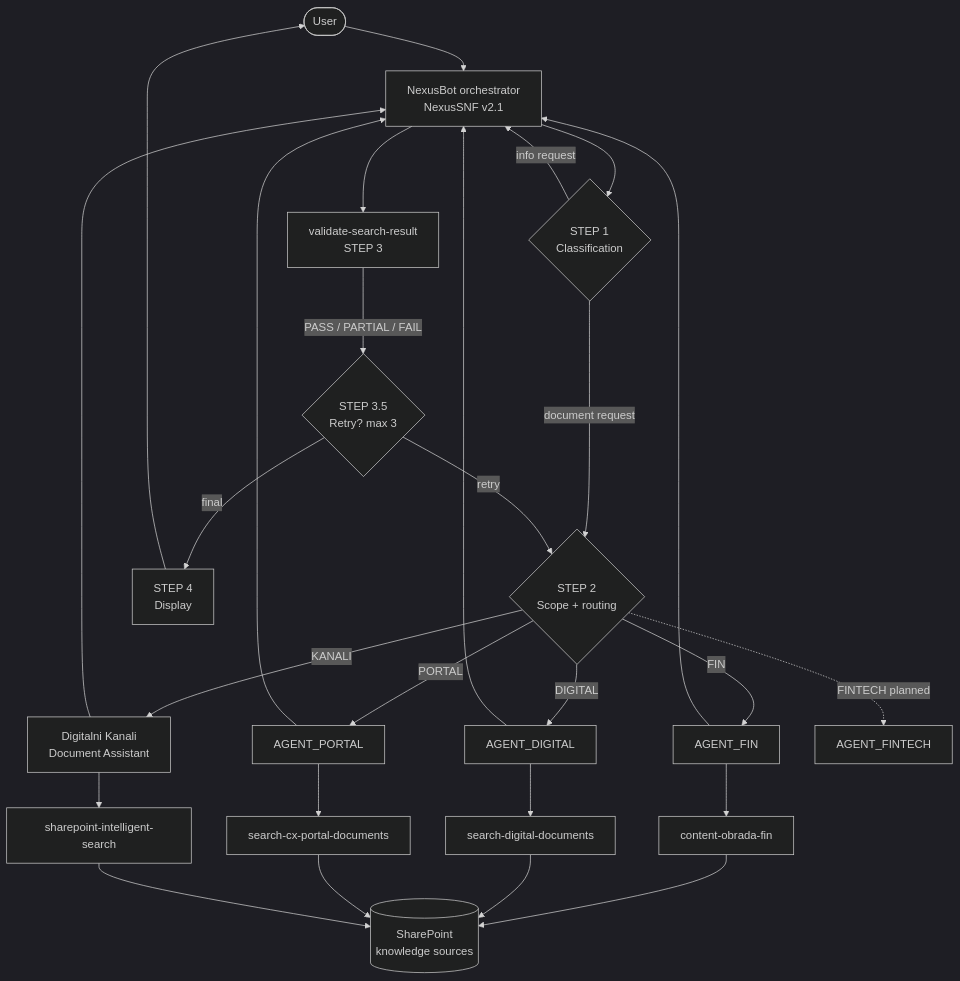
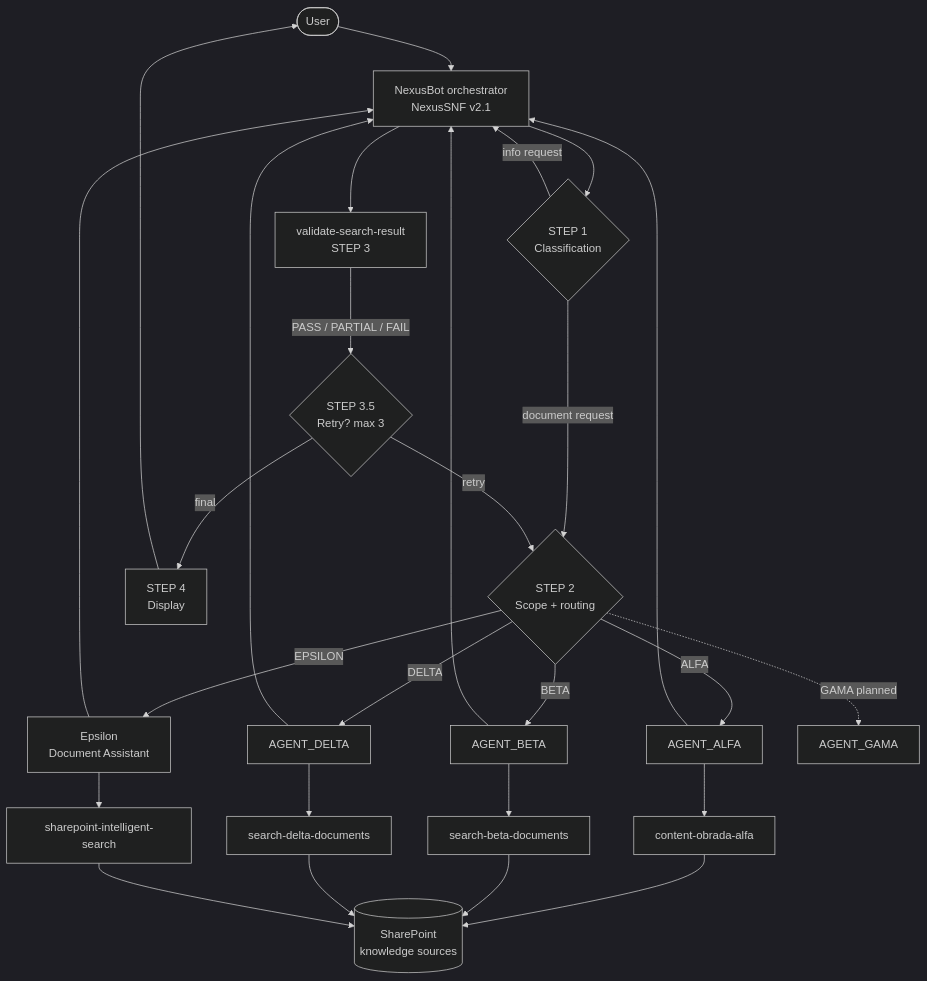
The first of 2 diagrams in README.md (NikolaSae/nexus-SNF), drawn with Mermaid (dark theme) before and after one commit. The commit also changed other lines of this file and 35 other files, not shown here.

````diff
--- a/README.md
+++ b/README.md
@@ -63,23 +63,23 @@
 ```mermaid
 flowchart TD
     U([User]) --> O[NexusBot orchestrator<br/>NexusSNF v2.1]
     O --> C{STEP 1<br/>Classification}
     C -->|info request| O
     C -->|document request| S{STEP 2<br/>Scope + routing}
-    S -->|FIN| A1[AGENT_FIN]
-    S -->|DIGITAL| A2[AGENT_DIGITAL]
-    S -->|PORTAL| A3[AGENT_PORTAL]
-    S -->|KANALI| A4[Digitalni Kanali<br/>Document Assistant]
-    S -.FINTECH planned.-> A5[AGENT_FINTECH]
-    A1 --> SK1[content-obrada-fin]
-    A2 --> SK2[search-digital-documents]
-    A3 --> SK3[search-cx-portal-documents]
+    S -->|ALFA| A1[AGENT_ALFA]
+    S -->|BETA| A2[AGENT_BETA]
+    S -->|DELTA| A3[AGENT_DELTA]
+    S -->|EPSILON| A4[Epsilon<br/>Document Assistant]
+    S -.GAMA planned.-> A5[AGENT_GAMA]
+    A1 --> SK1[content-obrada-alfa]
+    A2 --> SK2[search-beta-documents]
+    A3 --> SK3[search-delta-documents]
     A4 --> SK4[sharepoint-intelligent-search]
     SK1 & SK2 & SK3 & SK4 --> K[(SharePoint<br/>knowledge sources)]
     A1 & A2 & A3 & A4 --> O
     O --> V[validate-search-result<br/>STEP 3]
     V -->|PASS / PARTIAL / FAIL| D{STEP 3.5<br/>Retry? max 3}
     D -->|retry| S
     D -->|final| P[STEP 4<br/>Display]
     P --> U
 ```
````
